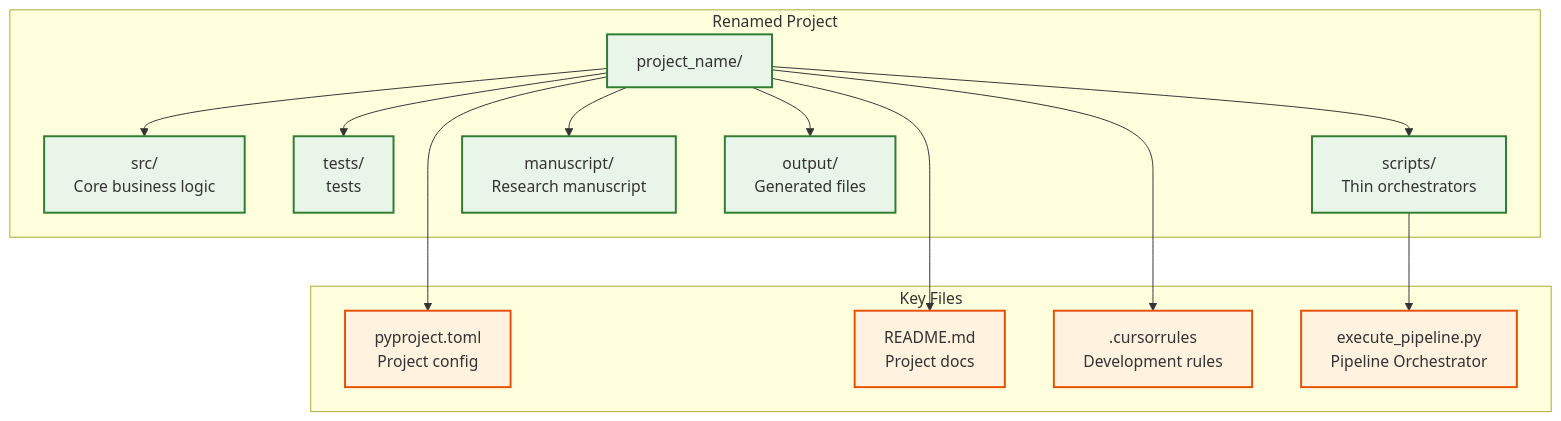
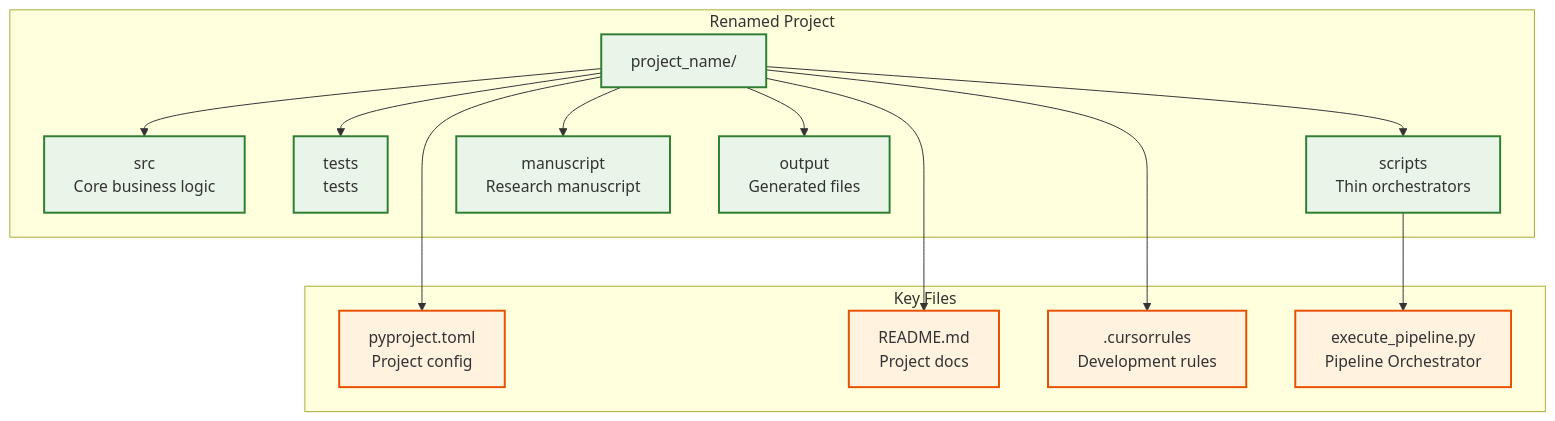
Before and after one commit to docxology/template: the first of 2 diagrams in docs/usage/examples.md, drawn with Mermaid. The commit also changed other lines of this file and 164 other files, not shown here.

````diff
--- a/docs/usage/examples.md
+++ b/docs/usage/examples.md
@@ -83,35 +83,35 @@
 ```mermaid
 graph TB
     subgraph "Renamed Project"
         ROOT[project_name/]
-        SRC[src/<br/>Core business logic]
-        TESTS[tests/<br/>tests]
-        SCRIPTS[scripts/<br/>Thin orchestrators]
-        MANUSCRIPT[manuscript/<br/>Research manuscript]
-        OUTPUT[output/<br/>Generated files]
+        SRC[src<br/>Core business logic]
+        TESTS[tests<br/>tests]
+        SCRIPTS[scripts<br/>Thin orchestrators]
+        MANUSCRIPT[manuscript<br/>Research manuscript]
+        OUTPUT[output<br/>Generated files]
     end
     
     subgraph "Key Files"
         PYPROJECT[pyproject.toml<br/>Project config]
         README[README.md<br/>Project docs]
         CURSORRULES[.cursorrules<br/>Development rules]
         RENDER[execute_pipeline.py<br/>Pipeline Orchestrator]
     end
     
     ROOT --> SRC
     ROOT --> TESTS
     ROOT --> SCRIPTS
     ROOT --> MANUSCRIPT
     ROOT --> OUTPUT
     
     ROOT --> PYPROJECT
     ROOT --> README
     ROOT --> CURSORRULES
     SCRIPTS --> RENDER
     
     classDef dir fill:#e8f5e8,stroke:#2e7d32,stroke-width:2px
     classDef file fill:#fff3e0,stroke:#e65100,stroke-width:2px
     
     class ROOT,SRC,TESTS,SCRIPTS,MANUSCRIPT,OUTPUT dir
     class PYPROJECT,README,CURSORRULES,RENDER file
 ```
````
